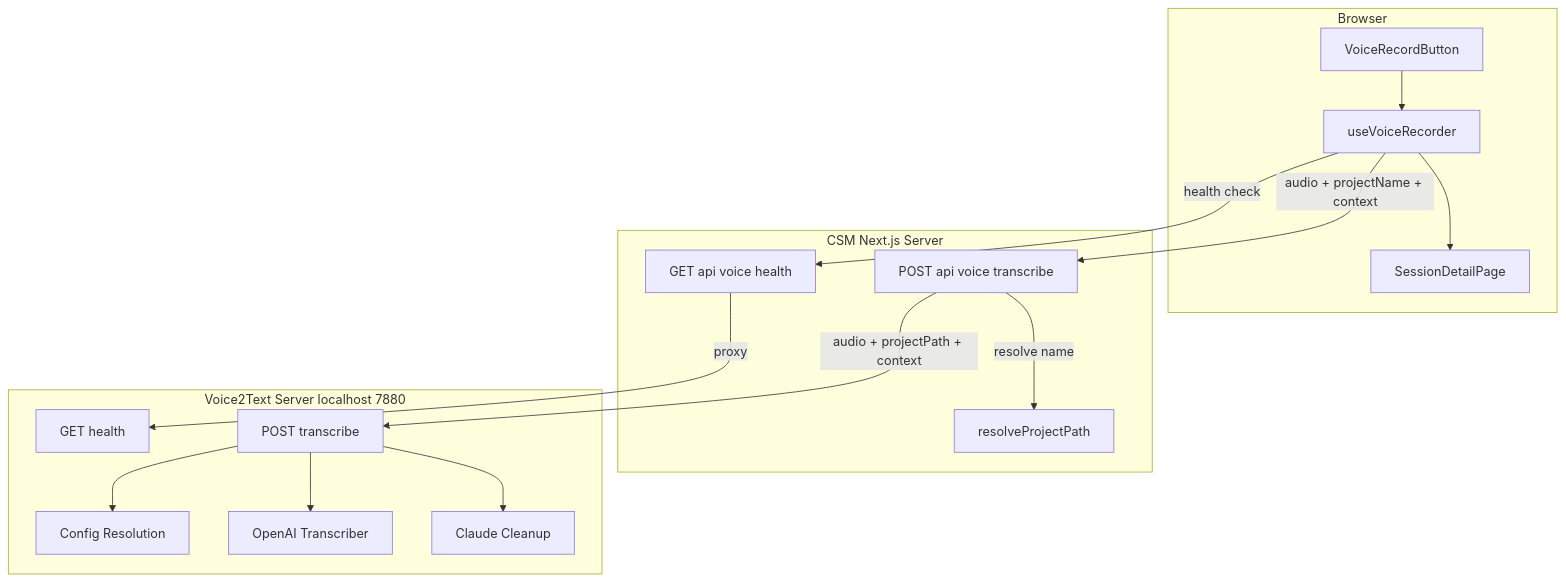
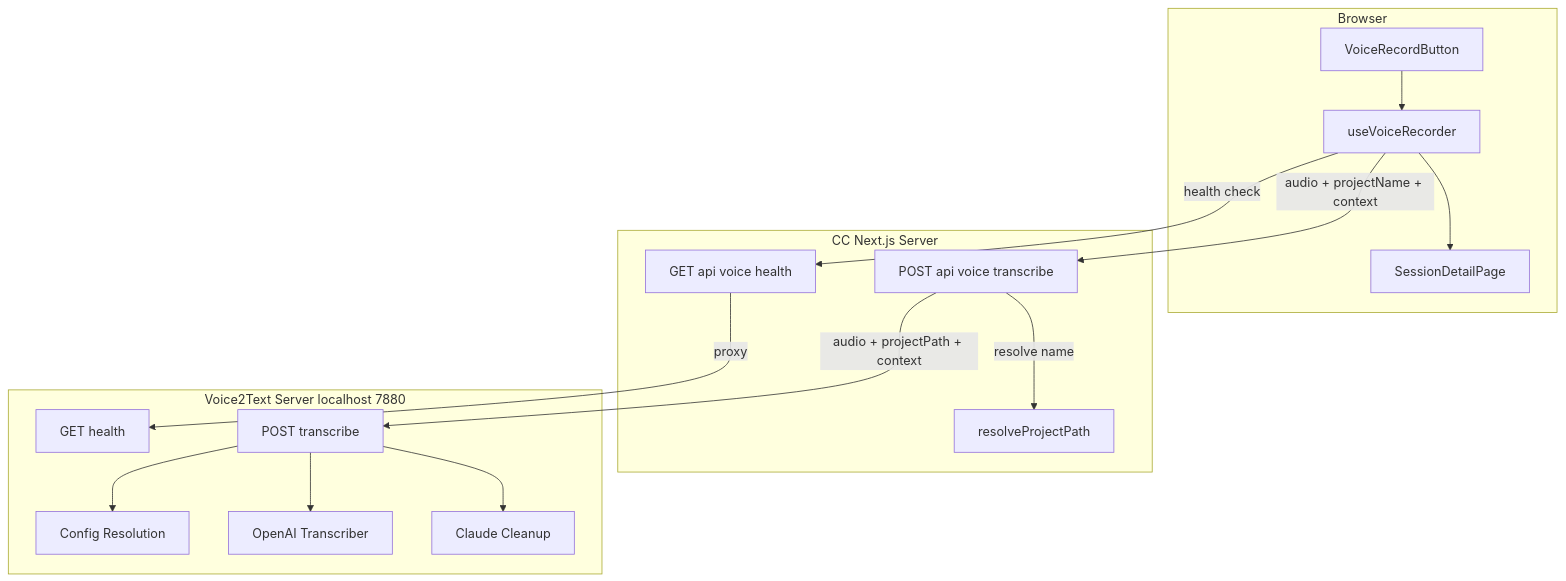
The first of 2 diagrams in .kiro/specs/voice-transcription-integration/design.md (amhuppert/remote-ai-manager), drawn with Mermaid before and after one commit. The commit also changed other lines of this file and 141 other files, not shown here.

````diff
--- a/.kiro/specs/voice-transcription-integration/design.md
+++ b/.kiro/specs/voice-transcription-integration/design.md
@@ -39,33 +39,33 @@
 ```mermaid
 graph TB
     subgraph Browser
         VRB[VoiceRecordButton]
         Hook[useVoiceRecorder]
         SDP[SessionDetailPage]
     end
 
-    subgraph CSM_Server[CSM Next.js Server]
+    subgraph CC_Server[CC Next.js Server]
         HealthRoute[GET api voice health]
         TranscribeRoute[POST api voice transcribe]
         ProjectResolver[resolveProjectPath]
     end
 
     subgraph V2T_Server[Voice2Text Server localhost 7880]
         V2THealth[GET health]
         V2TTranscribe[POST transcribe]
         ConfigLoader[Config Resolution]
         Transcriber[OpenAI Transcriber]
         Cleanup[Claude Cleanup]
     end
 
     VRB --> Hook
     Hook --> SDP
     Hook -->|health check| HealthRoute
     Hook -->|audio + projectName + context| TranscribeRoute
     HealthRoute -->|proxy| V2THealth
     TranscribeRoute -->|resolve name| ProjectResolver
     TranscribeRoute -->|audio + projectPath + context| V2TTranscribe
     V2TTranscribe --> ConfigLoader
     V2TTranscribe --> Transcriber
     V2TTranscribe --> Cleanup
 ```
````
